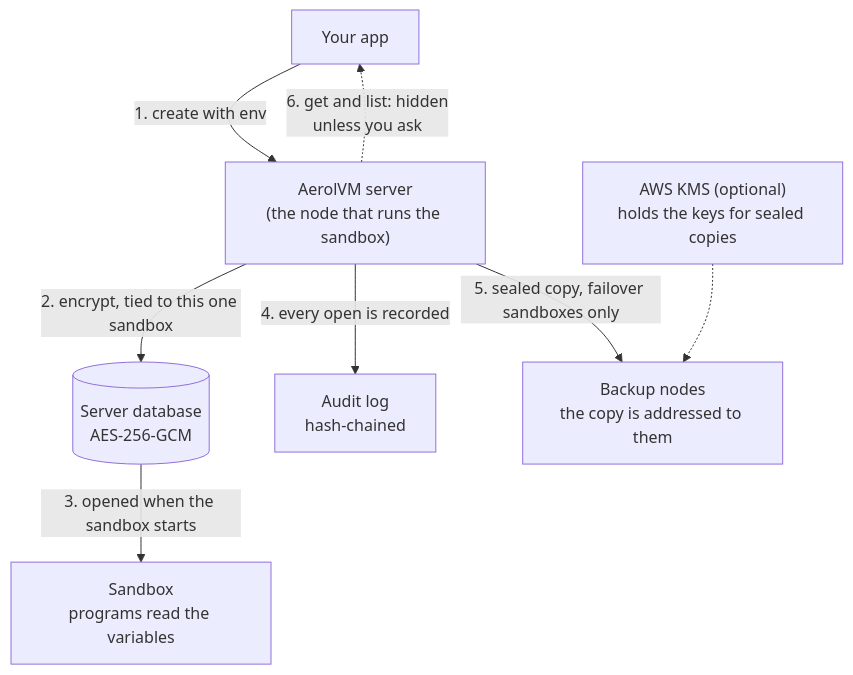
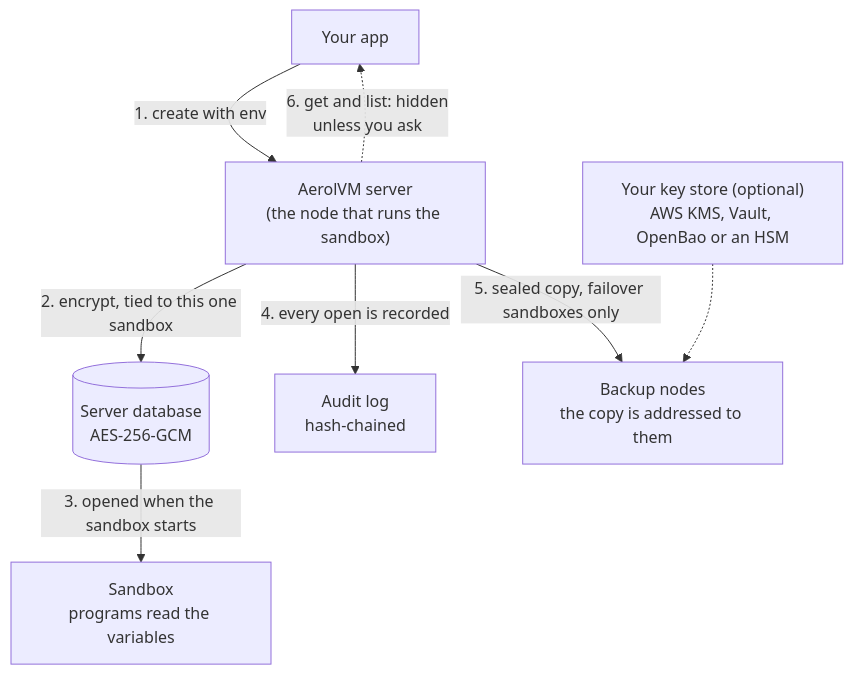
The diagram in docs/src/content/docs/sandbox-env.mdx (aerol-ai/microvm), drawn with Mermaid before and after one commit. The commit also changed other lines of this file and 17 other files, not shown here.

First line of the commit message:
docs: Use your own key store

````diff
--- a/docs/src/content/docs/sandbox-env.mdx
+++ b/docs/src/content/docs/sandbox-env.mdx
@@ -14,10 +14,10 @@
 ```mermaid
 flowchart TB
     App["Your app"] -- "1. create with env" --> Server["AerolVM server<br/>(the node that runs the sandbox)"]
     Server -- "2. encrypt, tied to this one sandbox" --> Store[("Server database<br/>AES-256-GCM")]
     Store -- "3. opened when the sandbox starts" --> Box["Sandbox<br/>programs read the variables"]
     Server -- "4. every open is recorded" --> Audit["Audit log<br/>hash-chained"]
     Server -- "5. sealed copy, failover sandboxes only" --> Backups["Backup nodes<br/>the copy is addressed to them"]
-    KMS["AWS KMS (optional)<br/>holds the keys for sealed copies"] -.-> Backups
+    KMS["Your key store (optional)<br/>AWS KMS, Vault, OpenBao or an HSM"] -.-> Backups
     Server -. "6. get and list: hidden<br/>unless you ask" .-> App
 ```
````
